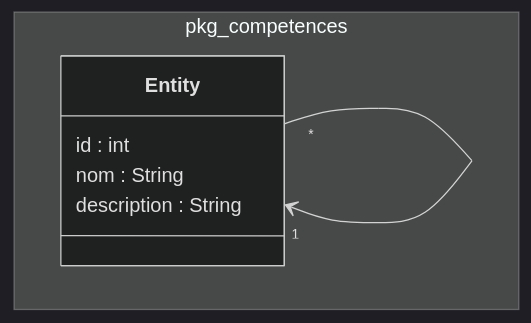
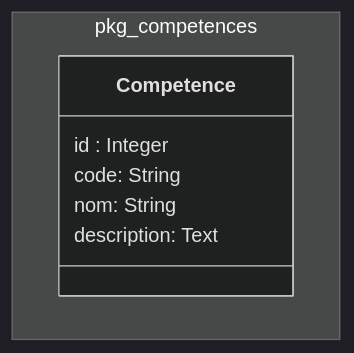
One commit to solicoders/soli-lms changed the diagram in modélisation/pkg_competences/classes_pkg_competences.mmd. Above: the diagram before and after it, drawn with Mermaid (dark theme). The commit also changed 31 other files, not shown here.

Commit message:
diagramme de classes par packages

```diff
--- a/modélisation/pkg_competences/classes_pkg_competences.mmd
+++ b/modélisation/pkg_competences/classes_pkg_competences.mmd
@@ -1,13 +1,13 @@
 classDiagram
 
 namespace pkg_competences {
 
-class Entity {
-  id : int
-  nom : String
-  description : String
+
+class Competence {
+  id : Integer
+  code: String
+  nom: String
+  description: Text
 }
-
+ 
 }
-
-Entity "*" --> "1" Entity
```
